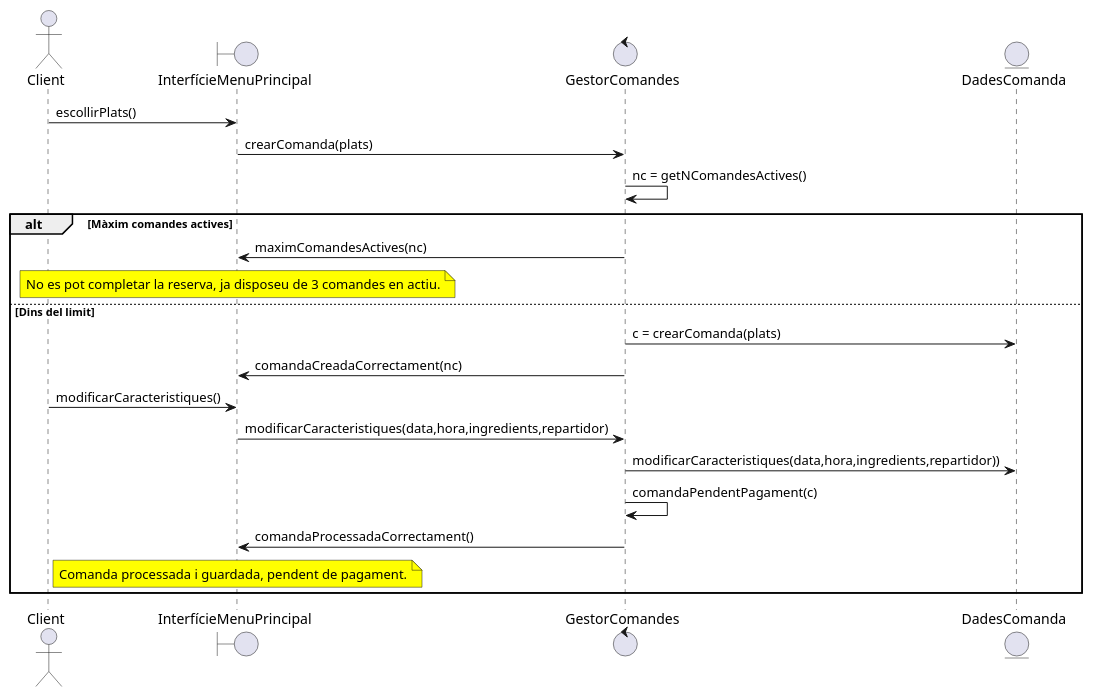
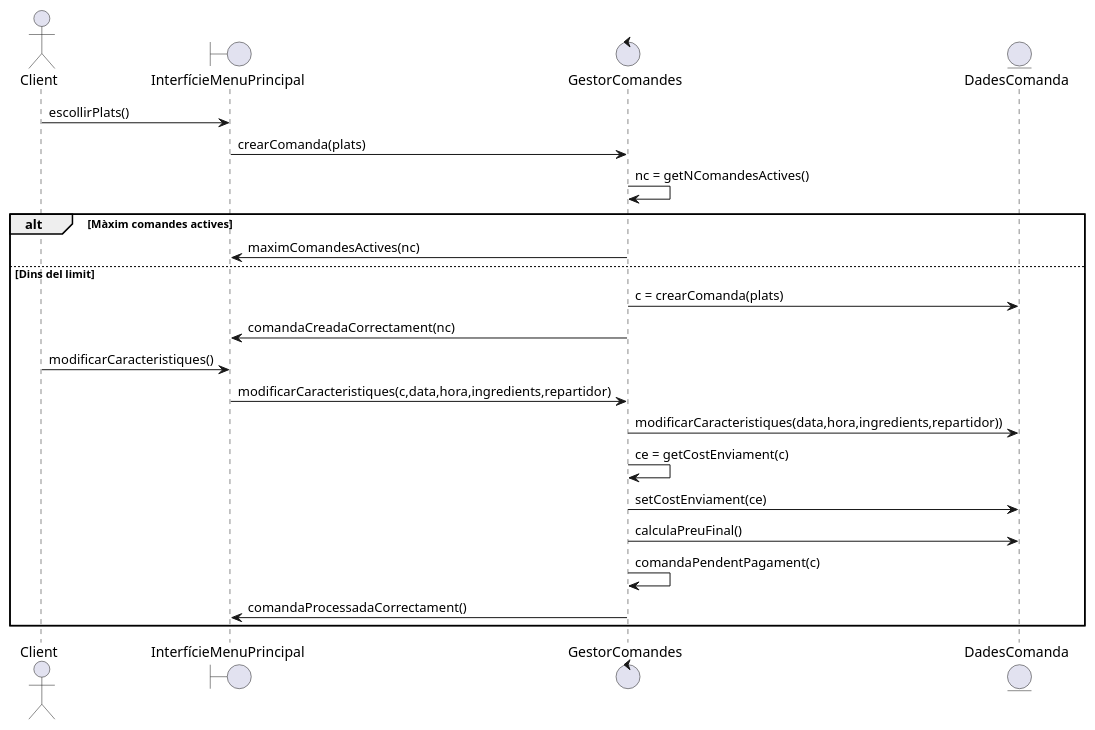
The diagram in documents/Diagrames i Especificacions/Seqüencia/Marc Sala/2. Fer comandes.puml (martipages/ES23UAB431-02), drawn with PlantUML before and after one commit. The commit also changed 14 other files, not shown here.

```diff
--- a/documents/Diagrames i Especificacions/Seqüencia/Marc Sala/2. Fer comandes.puml
+++ b/documents/Diagrames i Especificacions/Seqüencia/Marc Sala/2. Fer comandes.puml
@@ -1,29 +1,31 @@
 @startuml
 
 actor Client
 boundary InterfícieMenuPrincipal
 control GestorComandes
 entity DadesComanda
 
 
 Client -> InterfícieMenuPrincipal: escollirPlats()
 InterfícieMenuPrincipal -> GestorComandes: crearComanda(plats)
 GestorComandes -> GestorComandes: nc = getNComandesActives()
 
 alt Màxim comandes actives
 GestorComandes -> InterfícieMenuPrincipal: maximComandesActives(nc)
-note over InterfícieMenuPrincipal #Yellow : No es pot completar la reserva, ja disposeu de 3 comandes en actiu.
 
 else Dins del limit
 GestorComandes -> DadesComanda: c = crearComanda(plats)
 GestorComandes -> InterfícieMenuPrincipal: comandaCreadaCorrectament(nc)
 Client -> InterfícieMenuPrincipal: modificarCaracteristiques()
-InterfícieMenuPrincipal -> GestorComandes: modificarCaracteristiques(data,hora,ingredients,repartidor)
+InterfícieMenuPrincipal -> GestorComandes: modificarCaracteristiques(c,data,hora,ingredients,repartidor)
 GestorComandes -> DadesComanda: modificarCaracteristiques(data,hora,ingredients,repartidor))
+
+GestorComandes -> GestorComandes: ce = getCostEnviament(c)
+GestorComandes -> DadesComanda: setCostEnviament(ce)
+GestorComandes -> DadesComanda: calculaPreuFinal()
 
 GestorComandes -> GestorComandes: comandaPendentPagament(c)
 GestorComandes -> InterfícieMenuPrincipal: comandaProcessadaCorrectament()
-note over InterfícieMenuPrincipal #Yellow : Comanda processada i guardada, pendent de pagament.
 end
 
 @enduml
```
